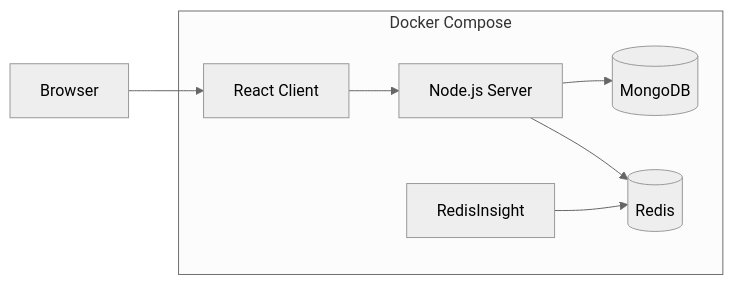
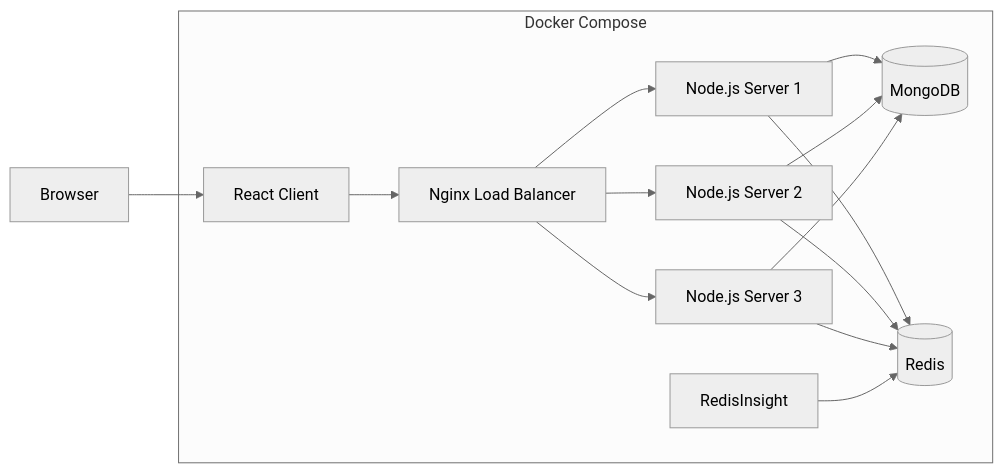
The sixth of 6 diagrams in README.md (radhey004/url_shortner), drawn with Mermaid (neutral theme) before and after one commit. The commit also changed other lines of this file, not shown here.

````diff
--- a/README.md
+++ b/README.md
@@ -383,17 +417,30 @@
 ```mermaid
 flowchart LR
     Browser --> Client
 
     subgraph Docker Compose
         Client[React Client]
-        Server[Node.js Server]
+        Nginx[Nginx Load Balancer]
+        Server1[Node.js Server 1]
+        Server2[Node.js Server 2]
+        Server3[Node.js Server 3]
         Mongo[(MongoDB)]
         Redis[(Redis)]
         RedisInsight[RedisInsight]
 
-        Client --> Server
-        Server --> Mongo
-        Server --> Redis
+        Client --> Nginx
+        Nginx --> Server1
+        Nginx --> Server2
+        Nginx --> Server3
+
+        Server1 --> Mongo
+        Server2 --> Mongo
+        Server3 --> Mongo
+
+        Server1 --> Redis
+        Server2 --> Redis
+        Server3 --> Redis
+
         RedisInsight --> Redis
     end
 ```
````
